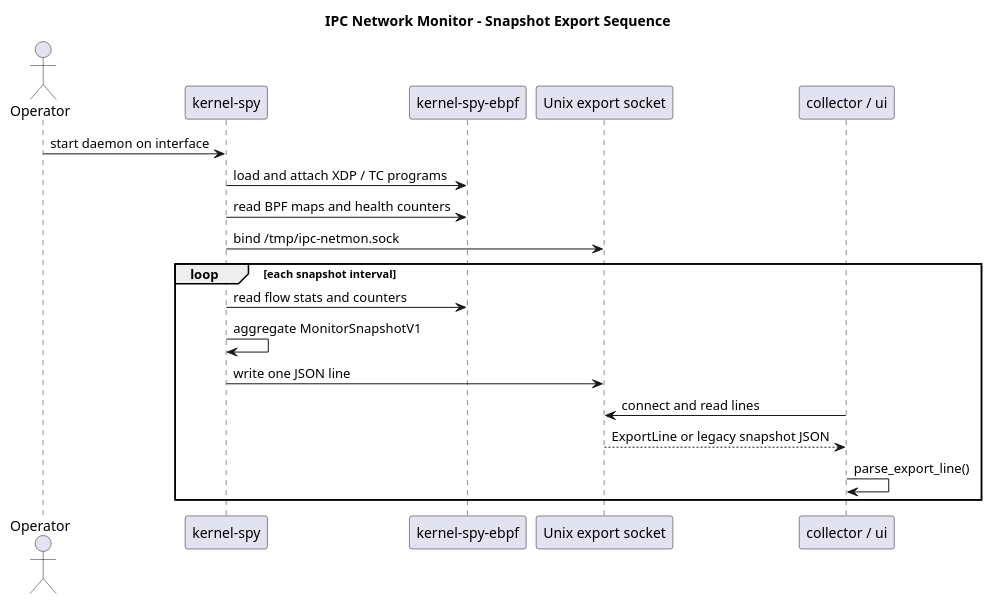
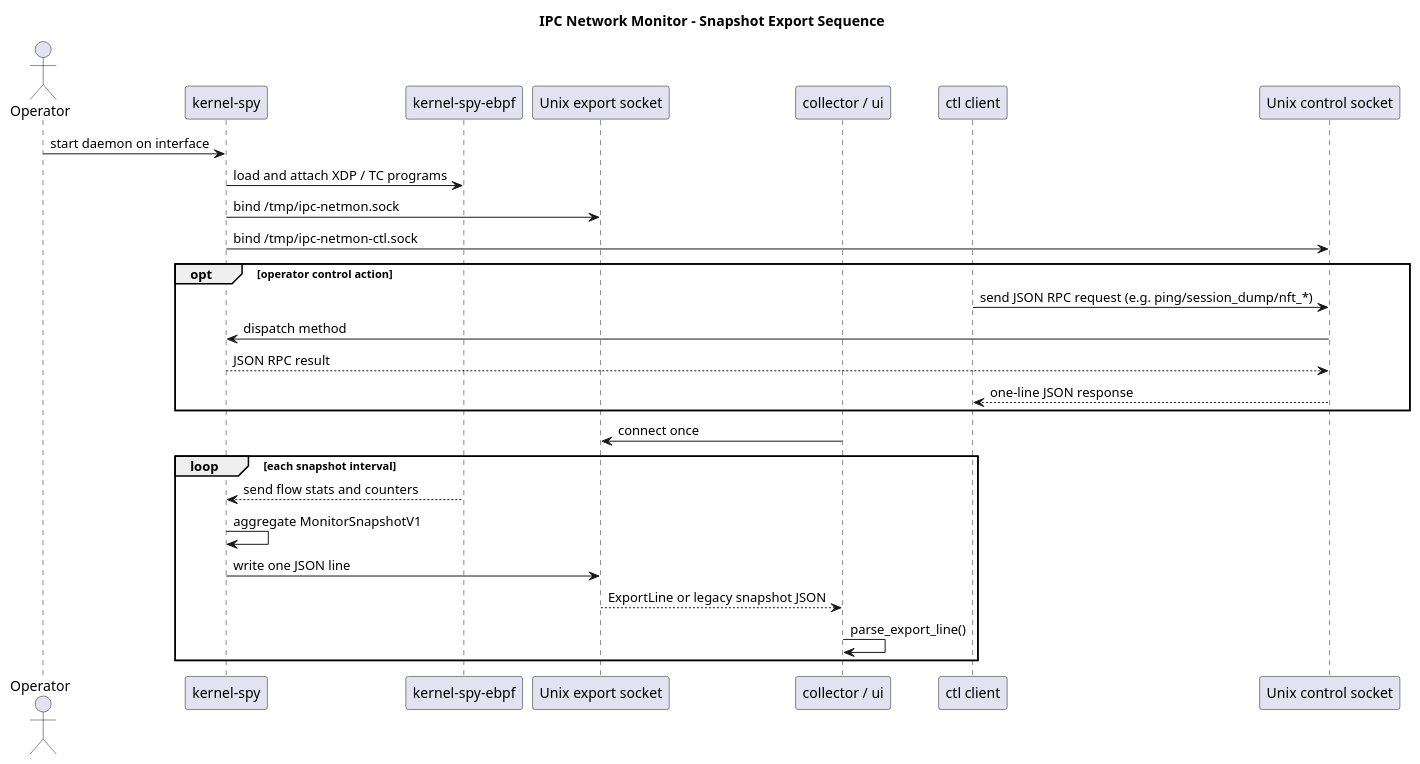
Before and after one commit to jacquesjeanelia/ipc-network-monitor: the diagram in docs/uml/sequence.puml, drawn with PlantUML. The commit also changed 2 other files, not shown here.

Commit message:
UML updates

```diff
--- a/docs/uml/sequence.puml
+++ b/docs/uml/sequence.puml
@@ -1,26 +1,36 @@
 @startuml
 title IPC Network Monitor - Snapshot Export Sequence
 
 skinparam shadowing false
 
 actor Operator
 participant "kernel-spy" as kernel_spy
 participant "kernel-spy-ebpf" as kernel_spy_ebpf
 participant "Unix export socket" as export_socket
-participant "collector / ui" as client
+participant "collector / ui" as export_client
+participant "ctl client" as ctl_client
+participant "Unix control socket" as control_socket
 
 Operator -> kernel_spy : start daemon on interface
 kernel_spy -> kernel_spy_ebpf : load and attach XDP / TC programs
-kernel_spy -> kernel_spy_ebpf : read BPF maps and health counters
 kernel_spy -> export_socket : bind /tmp/ipc-netmon.sock
+kernel_spy -> control_socket : bind /tmp/ipc-netmon-ctl.sock
+
+opt operator control action
+  ctl_client -> control_socket : send JSON RPC request (e.g. ping/session_dump/nft_*)
+  control_socket -> kernel_spy : dispatch method
+  kernel_spy --> control_socket : JSON RPC result
+  control_socket --> ctl_client : one-line JSON response
+end
+
+export_client -> export_socket : connect once
 
 loop each snapshot interval
-  kernel_spy -> kernel_spy_ebpf : read flow stats and counters
+  kernel_spy_ebpf --> kernel_spy : send flow stats and counters
   kernel_spy -> kernel_spy : aggregate MonitorSnapshotV1
   kernel_spy -> export_socket : write one JSON line
-  client -> export_socket : connect and read lines
-  export_socket --> client : ExportLine or legacy snapshot JSON
-  client -> client : parse_export_line()
+  export_socket --> export_client : ExportLine or legacy snapshot JSON
+  export_client -> export_client : parse_export_line()
 end
 
 @enduml
```
